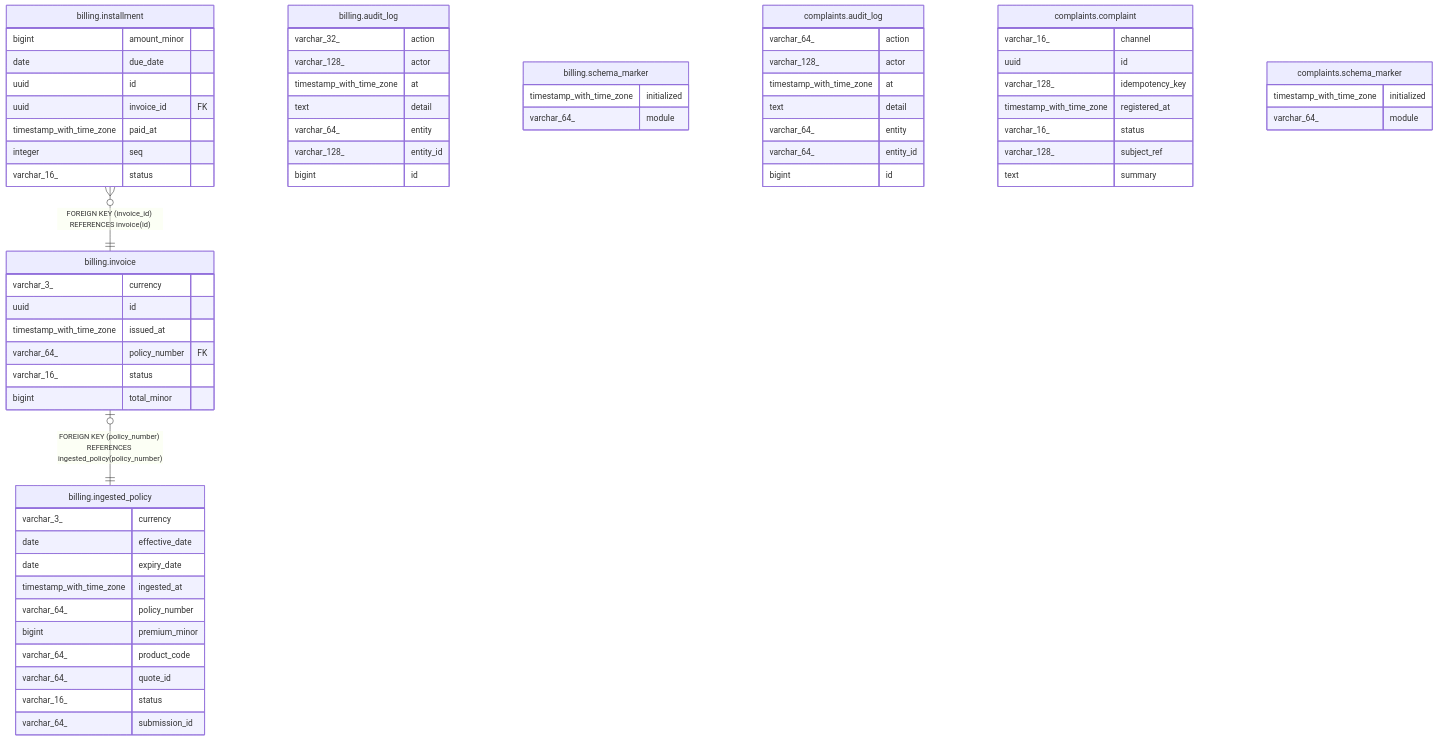
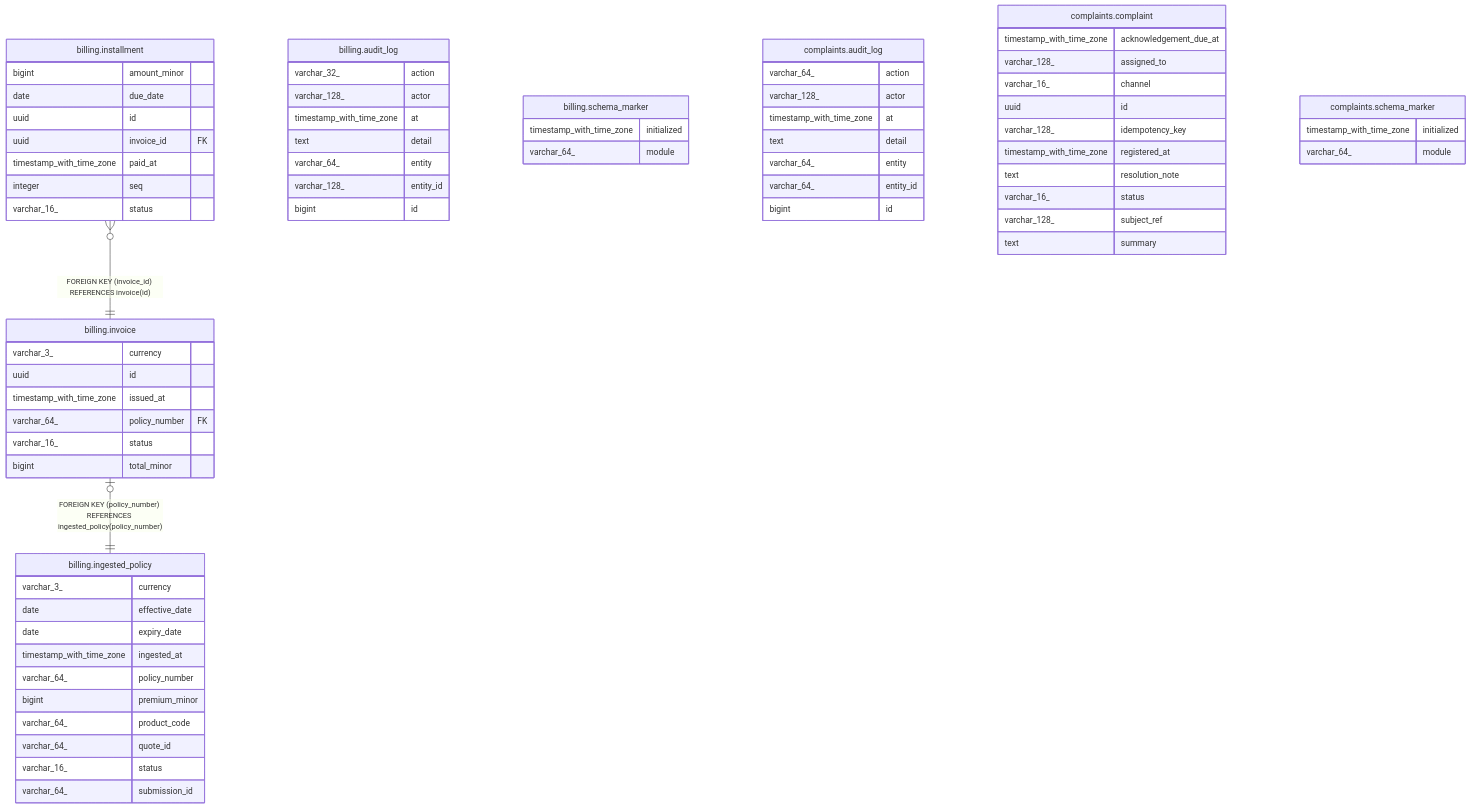
Before and after one commit to andrelair-platform/ktayl-core: the diagram in docs/data-model/README.md, drawn with Mermaid. The commit also changed other lines of this file and 12 other files, not shown here.

````diff
--- a/docs/data-model/README.md
+++ b/docs/data-model/README.md
@@ -18,71 +18,74 @@
 ```mermaid
 erDiagram
 
 "billing.installment" }o--|| "billing.invoice" : "FOREIGN KEY (invoice_id) REFERENCES invoice(id)"
 "billing.invoice" |o--|| "billing.ingested_policy" : "FOREIGN KEY (policy_number) REFERENCES ingested_policy(policy_number)"
 
 "billing.audit_log" {
   varchar_32_ action
   varchar_128_ actor
   timestamp_with_time_zone at
   text detail
   varchar_64_ entity
   varchar_128_ entity_id
   bigint id
 }
 "billing.ingested_policy" {
   varchar_3_ currency
   date effective_date
   date expiry_date
   timestamp_with_time_zone ingested_at
   varchar_64_ policy_number
   bigint premium_minor
   varchar_64_ product_code
   varchar_64_ quote_id
   varchar_16_ status
   varchar_64_ submission_id
 }
 "billing.installment" {
   bigint amount_minor
   date due_date
   uuid id
   uuid invoice_id FK
   timestamp_with_time_zone paid_at
   integer seq
   varchar_16_ status
 }
 "billing.invoice" {
   varchar_3_ currency
   uuid id
   timestamp_with_time_zone issued_at
   varchar_64_ policy_number FK
   varchar_16_ status
   bigint total_minor
 }
 "billing.schema_marker" {
   timestamp_with_time_zone initialized
   varchar_64_ module
 }
 "complaints.audit_log" {
   varchar_64_ action
   varchar_128_ actor
   timestamp_with_time_zone at
   text detail
   varchar_64_ entity
   varchar_64_ entity_id
   bigint id
 }
 "complaints.complaint" {
+  timestamp_with_time_zone acknowledgement_due_at
+  varchar_128_ assigned_to
   varchar_16_ channel
   uuid id
   varchar_128_ idempotency_key
   timestamp_with_time_zone registered_at
+  text resolution_note
   varchar_16_ status
   varchar_128_ subject_ref
   text summary
 }
 "complaints.schema_marker" {
   timestamp_with_time_zone initialized
   varchar_64_ module
 }
 ```
````
